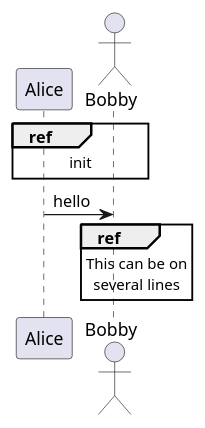
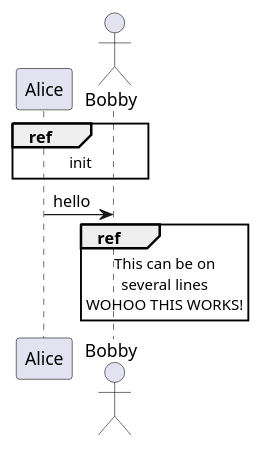
The diagram in new-diagram.puml (paskahlisanjas/diagram-as-code), drawn with PlantUML before and after one commit.

Commit message:
feat: make some changes

```diff
--- a/new-diagram.puml
+++ b/new-diagram.puml
@@ -1,13 +1,14 @@
 @startuml
 participant Alice
 actor Bobby
 
 ref over Alice, Bobby : init
 
 Alice -> Bobby : hello
 
 ref over Bobby
   This can be on
   several lines
+  WOHOO THIS WORKS!
 end ref
 @enduml
```
